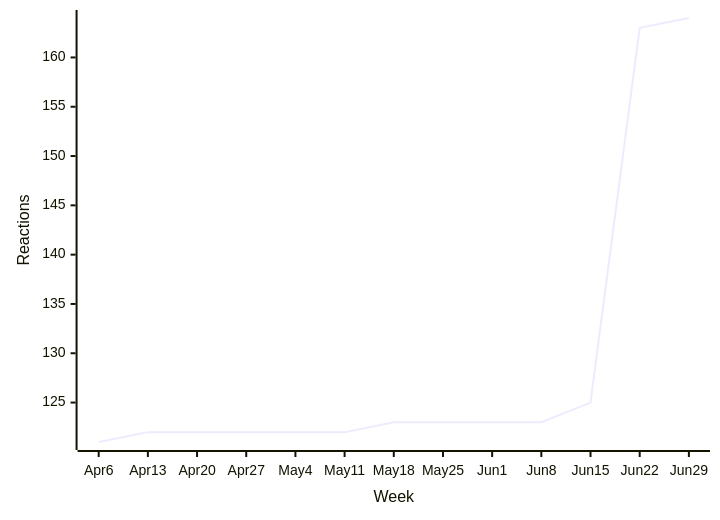
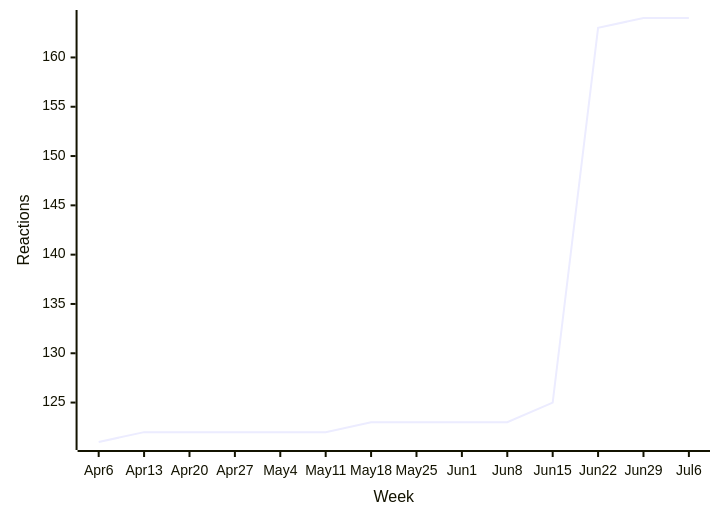
One commit to loic-sharma/github-insights changed the first of 48 diagrams in README.md. Above: the diagram before and after it, drawn with Mermaid. The commit also changed other lines of this file and 3 other files, not shown here.

````diff
--- a/README.md
+++ b/README.md
@@ -339,6 +339,6 @@
   ```mermaid
   xychart-beta
-    x-axis "Week" [Apr 6, Apr 13, Apr 20, Apr 27, May 4, May 11, May 18, May 25, Jun 1, Jun 8, Jun 15, Jun 22, Jun 29]
+    x-axis "Week" [Apr 6, Apr 13, Apr 20, Apr 27, May 4, May 11, May 18, May 25, Jun 1, Jun 8, Jun 15, Jun 22, Jun 29, Jul 6]
     y-axis "Reactions"
-    line [121, 122, 122, 122, 122, 122, 123, 123, 123, 123, 125, 163, 164]
+    line [121, 122, 122, 122, 122, 122, 123, 123, 123, 123, 125, 163, 164, 164]
   ```
````
